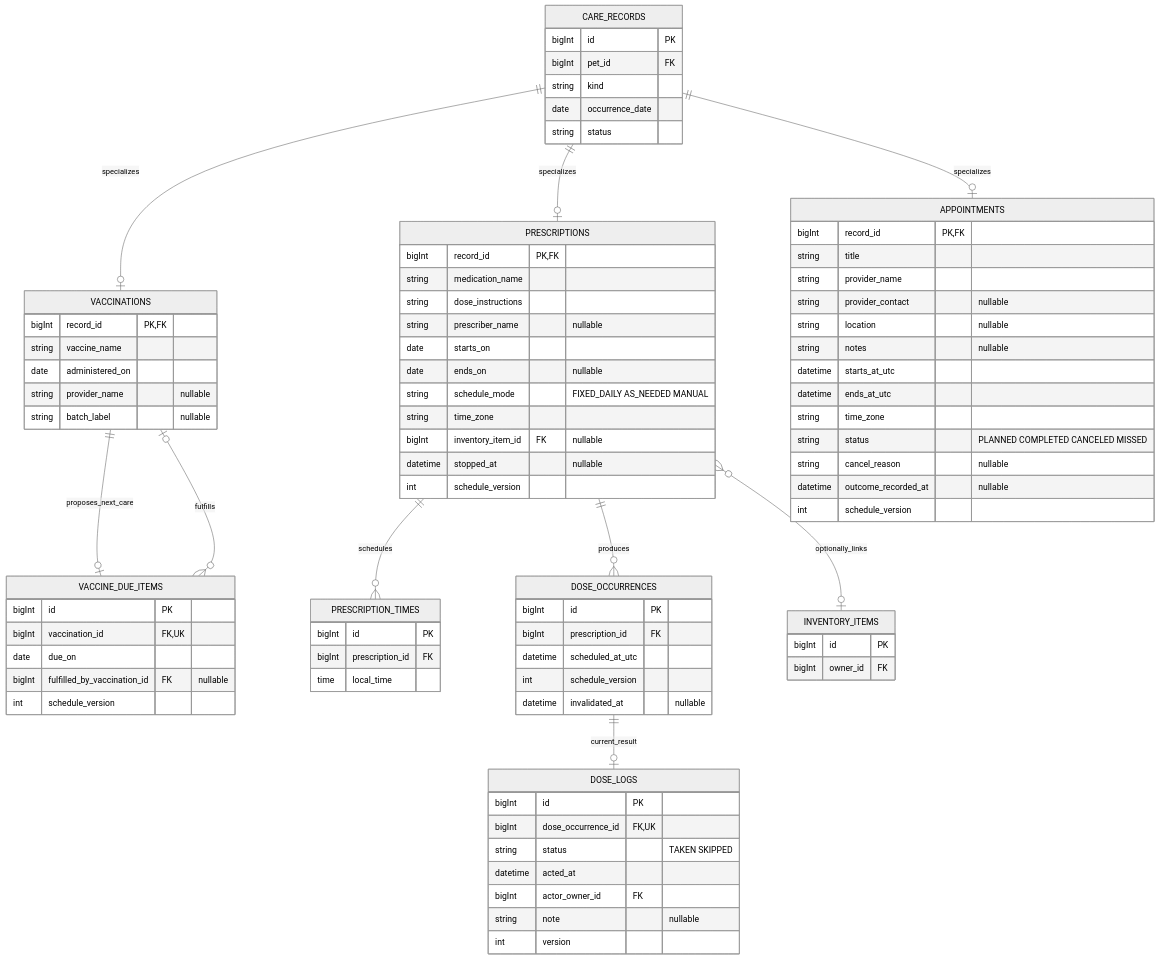
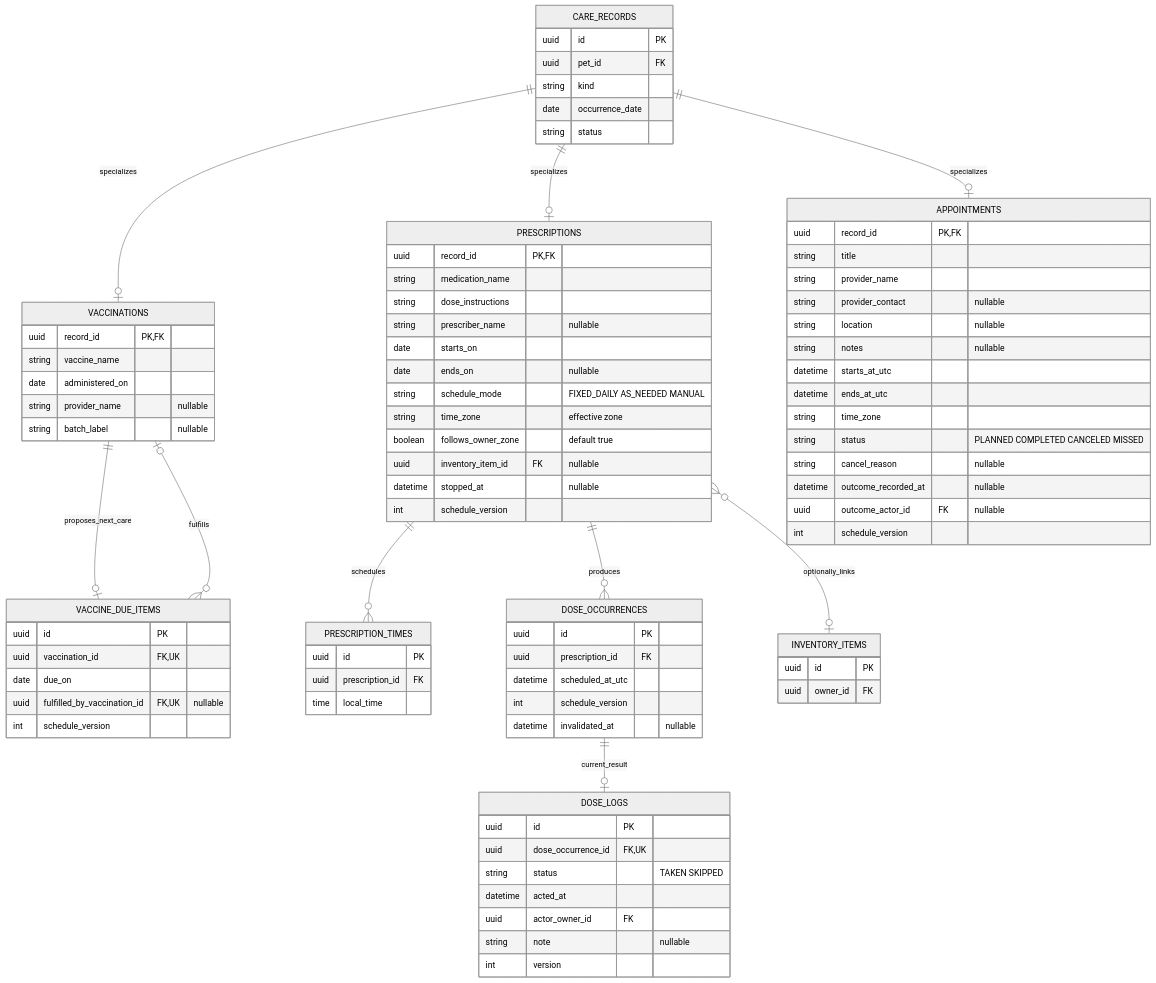
One commit to bernardlewiscardona/PawCare changed the second of 13 diagrams in docs/design/erd-and-flows.md. Above: the diagram before and after it, drawn with Mermaid (neutral theme). The commit also changed other lines of this file and 17 other files, not shown here.

First line of the commit message:
SETUP-01: Add ERD database schema and baseline migration

````diff
--- a/docs/design/erd-and-flows.md
+++ b/docs/design/erd-and-flows.md
@@ -119,62 +143,63 @@
     DOSE_OCCURRENCES ||--o| DOSE_LOGS : current_result
     PRESCRIPTIONS }o--o| INVENTORY_ITEMS : optionally_links
     CARE_RECORDS {
-        bigInt id PK
-        bigInt pet_id FK
+        uuid id PK
+        uuid pet_id FK
         string kind
         date occurrence_date
         string status
     }
     VACCINATIONS {
-        bigInt record_id PK,FK
+        uuid record_id PK,FK
         string vaccine_name
         date administered_on
         string provider_name "nullable"
         string batch_label "nullable"
     }
     VACCINE_DUE_ITEMS {
-        bigInt id PK
-        bigInt vaccination_id FK,UK
+        uuid id PK
+        uuid vaccination_id FK,UK
         date due_on
-        bigInt fulfilled_by_vaccination_id FK "nullable"
+        uuid fulfilled_by_vaccination_id FK,UK "nullable"
         int schedule_version
     }
     PRESCRIPTIONS {
-        bigInt record_id PK,FK
+        uuid record_id PK,FK
         string medication_name
         string dose_instructions
         string prescriber_name "nullable"
         date starts_on
         date ends_on "nullable"
         string schedule_mode "FIXED_DAILY AS_NEEDED MANUAL"
-        string time_zone
-        bigInt inventory_item_id FK "nullable"
+        string time_zone "effective zone"
+        boolean follows_owner_zone "default true"
+        uuid inventory_item_id FK "nullable"
         datetime stopped_at "nullable"
         int schedule_version
     }
     PRESCRIPTION_TIMES {
-        bigInt id PK
-        bigInt prescription_id FK
+        uuid id PK
+        uuid prescription_id FK
         time local_time
     }
     DOSE_OCCURRENCES {
-        bigInt id PK
-        bigInt prescription_id FK
+        uuid id PK
+        uuid prescription_id FK
         datetime scheduled_at_utc
         int schedule_version
         datetime invalidated_at "nullable"
     }
     DOSE_LOGS {
-        bigInt id PK
-        bigInt dose_occurrence_id FK,UK
+        uuid id PK
+        uuid dose_occurrence_id FK,UK
         string status "TAKEN SKIPPED"
         datetime acted_at
-        bigInt actor_owner_id FK
+        uuid actor_owner_id FK
         string note "nullable"
         int version
     }
     APPOINTMENTS {
-        bigInt record_id PK,FK
+        uuid record_id PK,FK
         string title
         string provider_name
         string provider_contact "nullable"
@@ -186,10 +211,11 @@
         string status "PLANNED COMPLETED CANCELED MISSED"
         string cancel_reason "nullable"
         datetime outcome_recorded_at "nullable"
+        uuid outcome_actor_id FK "nullable"
         int schedule_version
     }
     INVENTORY_ITEMS {
-        bigInt id PK
-        bigInt owner_id FK
+        uuid id PK
+        uuid owner_id FK
     }
 ```
````
